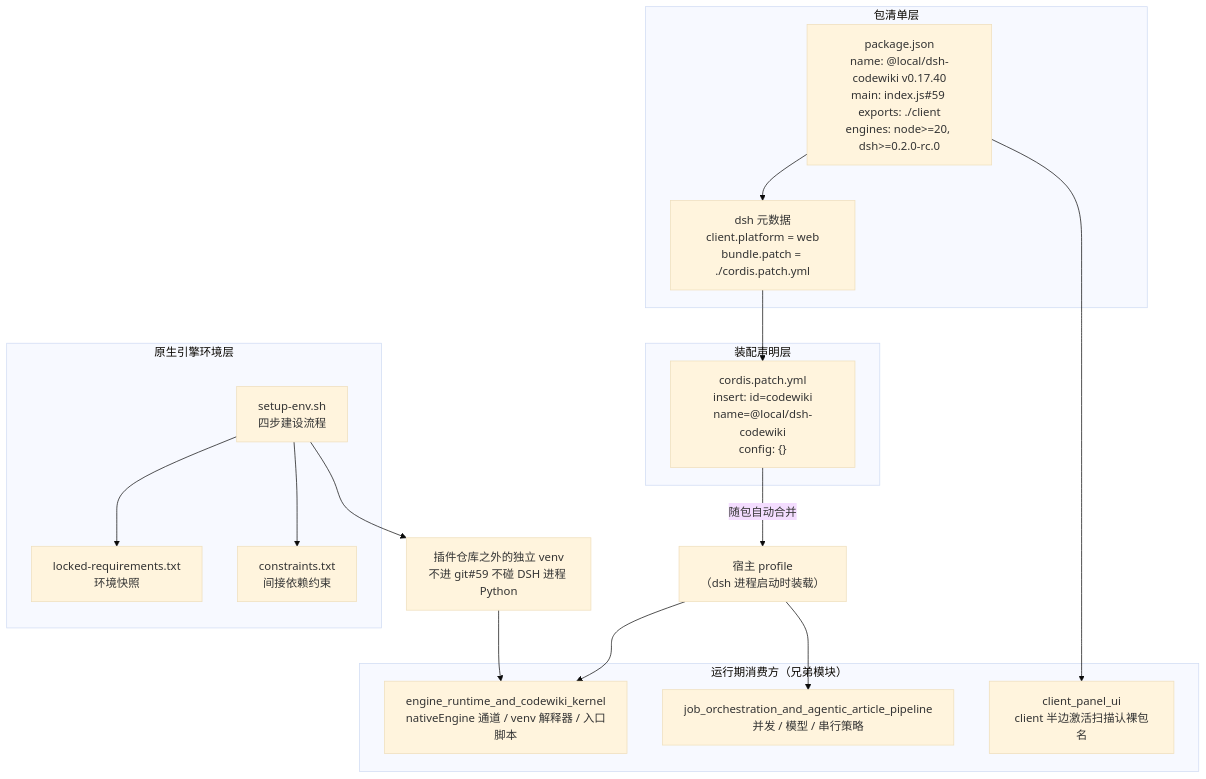
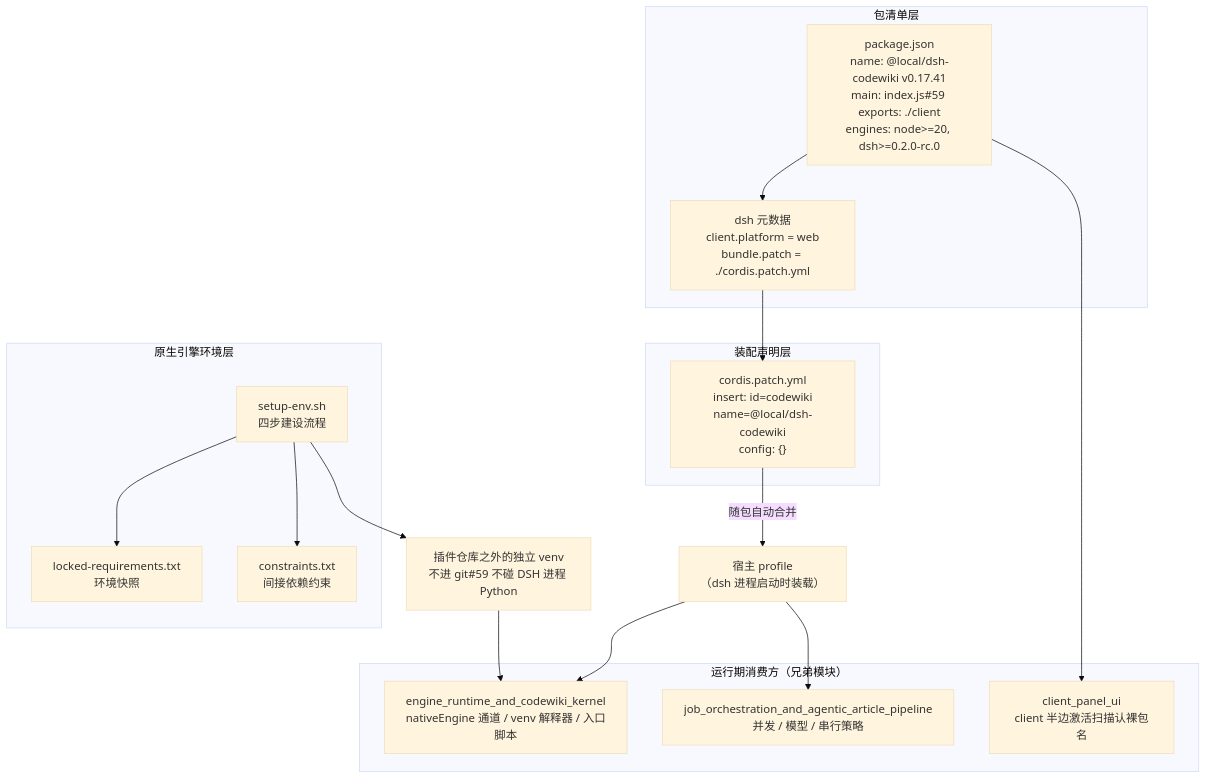
One commit to ikliml666/dsh-codewiki changed the first of 3 diagrams in .codewiki/modules/build-and-configuration.md. Above: the diagram before and after it, drawn with Mermaid (base theme). The commit also changed other lines of this file and 10 other files, not shown here.

````diff
--- a/.codewiki/modules/build-and-configuration.md
+++ b/.codewiki/modules/build-and-configuration.md
@@ -28,35 +28,35 @@
 ```mermaid
 flowchart TB
     subgraph PKG["包清单层"]
-        PJ["package.json<br/>name: @local/dsh-codewiki v0.17.40<br/>main: index.js#59 exports: ./client<br/>engines: node>=20, dsh>=0.2.0-rc.0"]
+        PJ["package.json<br/>name: @local/dsh-codewiki v0.17.41<br/>main: index.js#59 exports: ./client<br/>engines: node>=20, dsh>=0.2.0-rc.0"]
         DSHMETA["dsh 元数据<br/>client.platform = web<br/>bundle.patch = ./cordis.patch.yml"]
     end
 
     subgraph PATCH["装配声明层"]
         CP["cordis.patch.yml<br/>insert: id=codewiki<br/>name=@local/dsh-codewiki<br/>config: {}"]
     end
 
     subgraph ENV["原生引擎环境层"]
         SH["setup-env.sh<br/>四步建设流程"]
         LOCK["locked-requirements.txt<br/>环境快照"]
         CON["constraints.txt<br/>间接依赖约束"]
     end
 
     subgraph RUNTIME["运行期消费方（兄弟模块）"]
         ENG["engine_runtime_and_codewiki_kernel<br/>nativeEngine 通道 / venv 解释器 / 入口脚本"]
         JOB["job_orchestration_and_agentic_article_pipeline<br/>并发 / 模型 / 串行策略"]
         UI["client_panel_ui<br/>client 半边激活扫描认裸包名"]
     end
 
     PJ --> DSHMETA
     DSHMETA --> CP
     CP -->|"随包自动合并"| PROFILE["宿主 profile<br/>（dsh 进程启动时装载）"]
     SH --> LOCK
     SH --> CON
     SH --> VENV["插件仓库之外的独立 venv<br/>不进 git#59 不碰 DSH 进程 Python"]
 
     PROFILE --> JOB
     PROFILE --> ENG
     VENV --> ENG
     PJ --> UI
 ```
````
